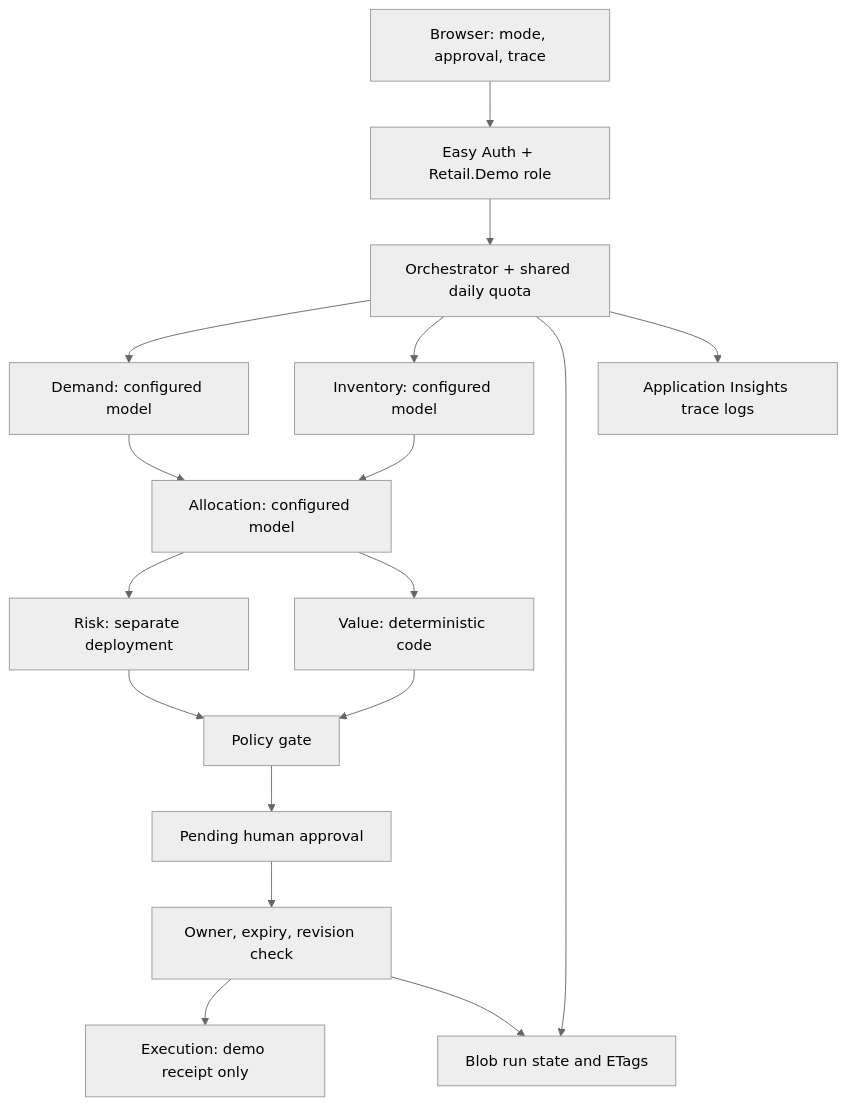
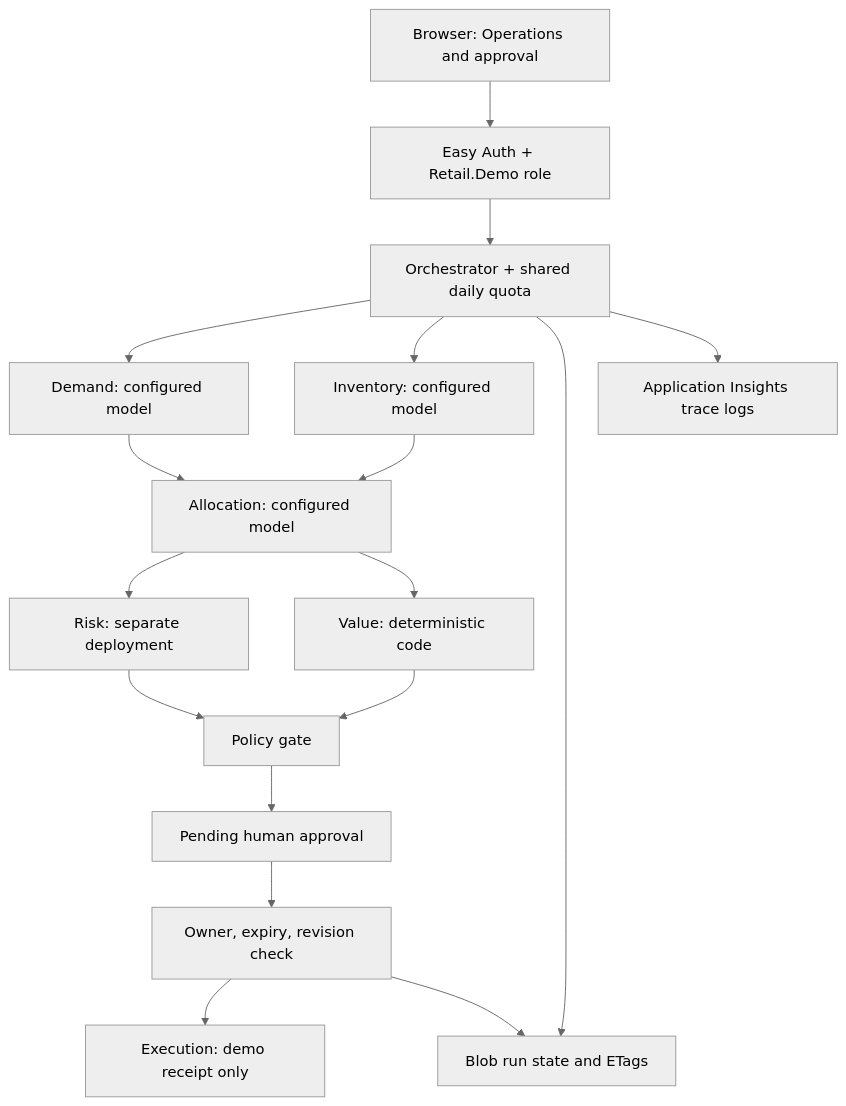
Before and after one commit to RSundaresh/agentic-retail-operations: the diagram in docs/architecture.md, drawn with Mermaid (neutral theme). The commit also changed other lines of this file and 9 other files, not shown here.

````diff
--- a/docs/architecture.md
+++ b/docs/architecture.md
@@ -5,19 +5,19 @@
 ```mermaid
 flowchart TD
-  UI[Browser: mode, approval, trace] --> AUTH[Easy Auth + Retail.Demo role]
+  UI[Browser: Operations and approval] --> AUTH[Easy Auth + Retail.Demo role]
   AUTH --> O[Orchestrator + shared daily quota]
   O --> D[Demand: configured model]
   O --> I[Inventory: configured model]
   D --> A[Allocation: configured model]
   I --> A
   A --> R[Risk: separate deployment]
   A --> V[Value: deterministic code]
   R --> G[Policy gate]
   V --> G
   G --> H[Pending human approval]
   H --> CAS[Owner, expiry, revision check]
   CAS --> E[Execution: demo receipt only]
   O --> B[Blob run state and ETags]
   CAS --> B
   O --> T[Application Insights trace logs]
 ```
````
